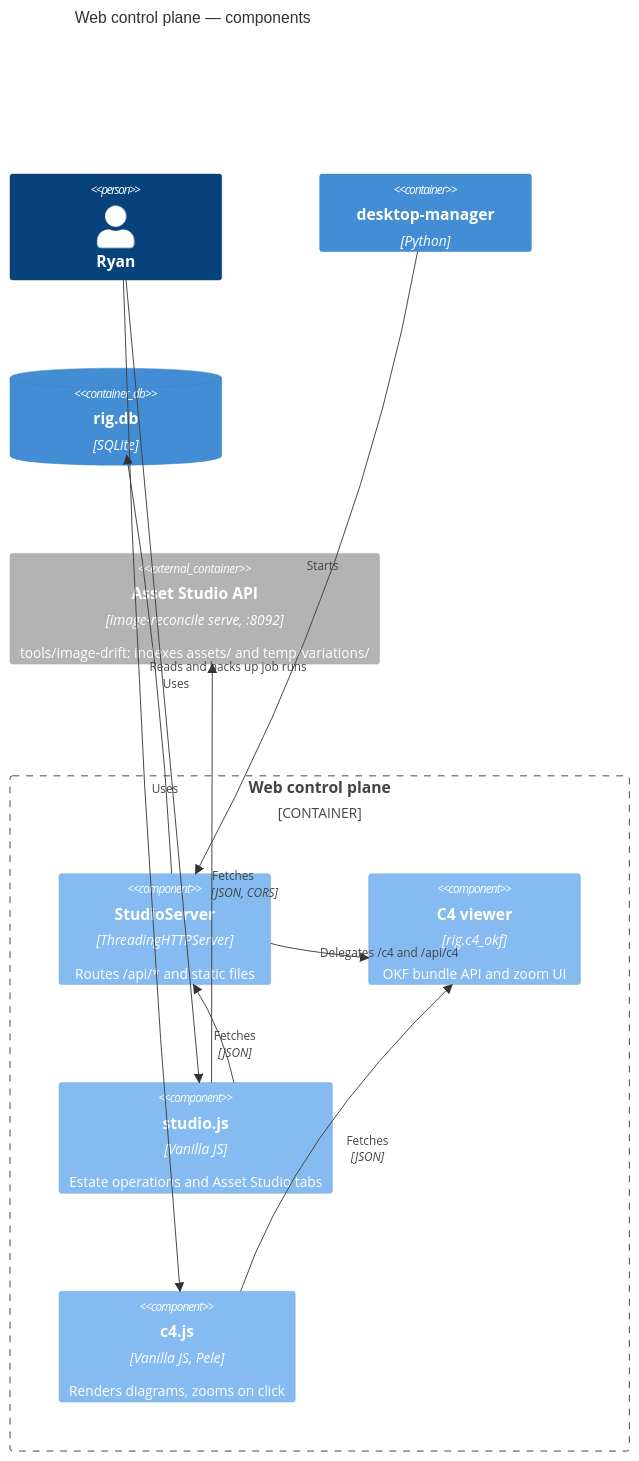
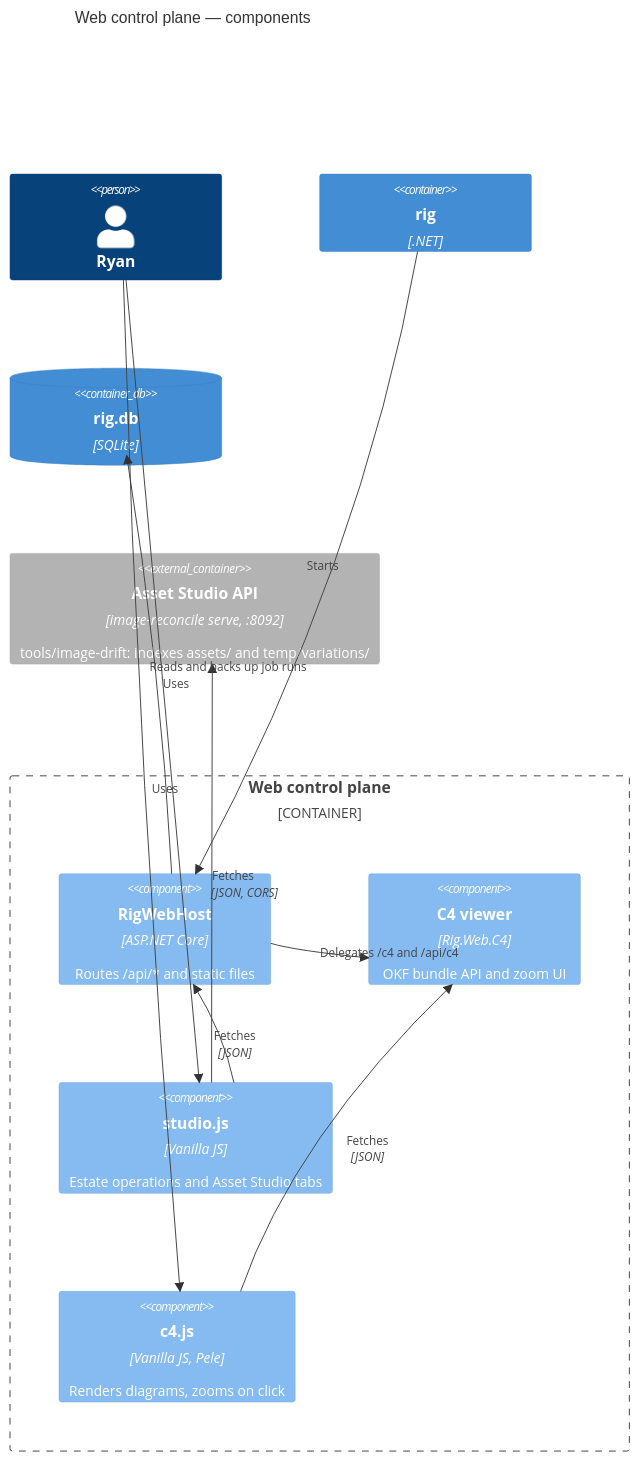
One commit to rtkelly13/rig changed the diagram in experiments/c4-okf/rig/rig/web/components.md. Above: the diagram before and after it, drawn with Mermaid. The commit also changed other lines of this file and 88 other files, not shown here.

Commit message:
refactor(cli): compress Rig.Cli, Rig.Web, C4 and Runtime comments; drop Python provenance (#284)

````diff
--- a/experiments/c4-okf/rig/rig/web/components.md
+++ b/experiments/c4-okf/rig/rig/web/components.md
@@ -10,24 +10,24 @@
 ```mermaid
 C4Component
 title Web control plane — components
 Person(ryan, "Ryan")
-Container(dm, "desktop-manager", "Python")
+Container(dm, "rig", ".NET")
 ContainerDb(db, "rig.db", "SQLite", $link="../rig-db.md")
 Container_Ext(studioapi, "Asset Studio API", "image-reconcile serve, :8092", "tools/image-drift: indexes assets/ and temp/variations/")
 
 Container_Boundary(web, "Web control plane") {
-  Component(server, "StudioServer", "ThreadingHTTPServer", "Routes /api/* and static files", $link="request-handler.md")
-  Component(c4, "C4 viewer", "rig.c4_okf", "OKF bundle API and zoom UI")
+  Component(server, "RigWebHost", "ASP.NET Core", "Routes /api/* and static files", $link="request-handler.md")
+  Component(c4, "C4 viewer", "Rig.Web.C4", "OKF bundle API and zoom UI")
   Component(studio, "studio.js", "Vanilla JS", "Estate operations and Asset Studio tabs")
   Component(c4ui, "c4.js", "Vanilla JS, Pele", "Renders diagrams, zooms on click")
 }
 
 Rel(ryan, studio, "Uses")
 Rel(ryan, c4ui, "Uses")
 Rel(studio, server, "Fetches", "JSON")
 Rel(c4ui, c4, "Fetches", "JSON")
 Rel(studio, studioapi, "Fetches", "JSON, CORS")
 Rel(server, c4, "Delegates /c4 and /api/c4")
 Rel(server, db, "Reads and backs up job runs")
 Rel(dm, server, "Starts")
 ```
````
